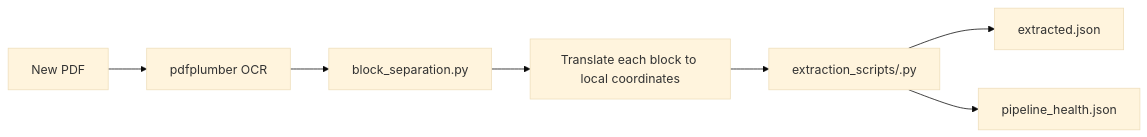
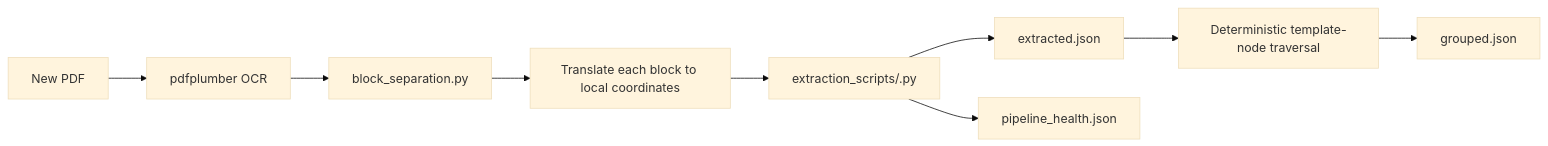
The fourth of 6 diagrams in README.md (riccardobollati/twix_2), drawn with Mermaid (base theme) before and after one commit. The commit also changed other lines of this file and 24 other files, not shown here.

````diff
--- a/README.md
+++ b/README.md
@@ -346,9 +348,11 @@
 ```mermaid
 flowchart LR
     PDF["New PDF"] --> OCR["pdfplumber OCR"]
     OCR --> BLK["block_separation.py"]
     BLK --> REL["Translate each block to local coordinates"]
     REL --> EX["extraction_scripts/<node_id>.py"]
-    EX --> JSON["extracted.json"]
+    EX --> RAW["extracted.json"]
+    RAW --> REC["Deterministic template-node traversal"]
+    REC --> JSON["grouped.json"]
     EX --> HEALTH["pipeline_health.json"]
 ```
````
